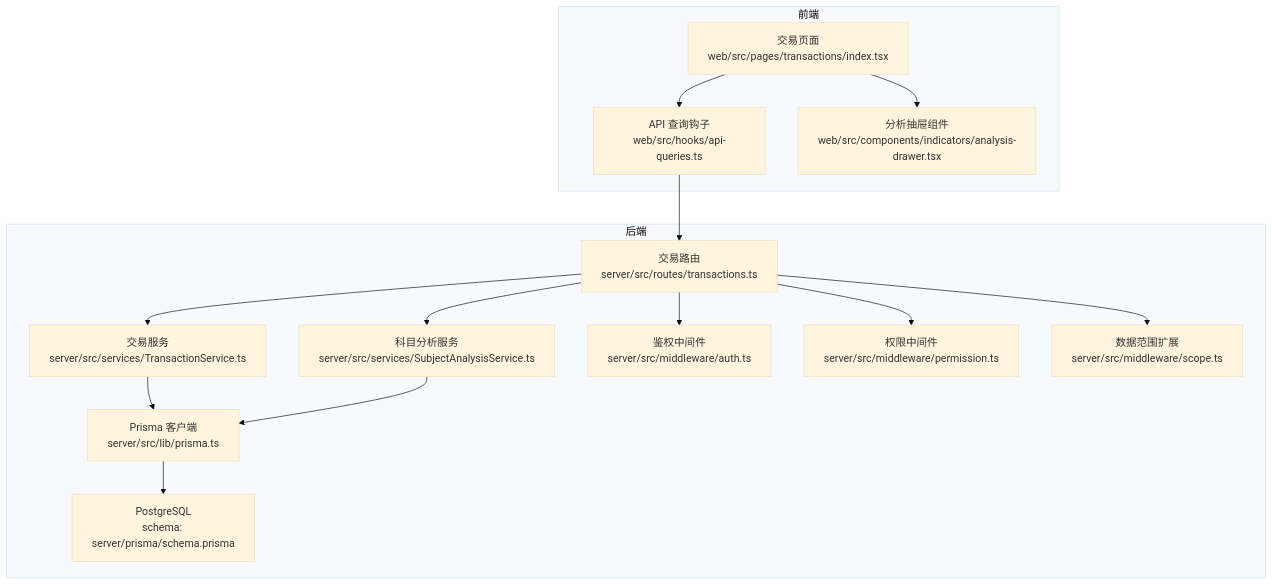
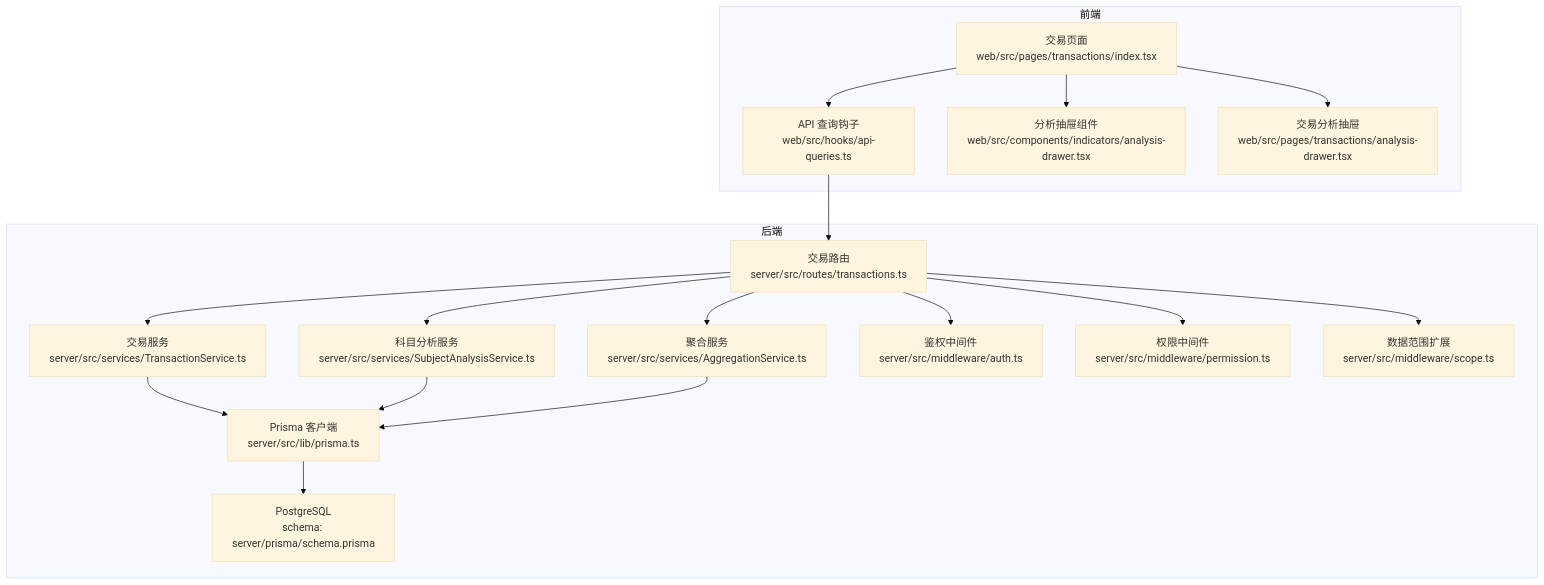
The first of 10 diagrams in .qoder/repowiki/zh/content/核心模块/交易分析模块.md (Damao997/newproject), drawn with Mermaid (base theme) before and after one commit. The commit also changed other lines of this file and 22 other files, not shown here.

````diff
--- a/.qoder/repowiki/zh/content/核心模块/交易分析模块.md
+++ b/.qoder/repowiki/zh/content/核心模块/交易分析模块.md
@@ -48,29 +50,34 @@
 ```mermaid
 graph TB
 subgraph "前端"
 FE_Page["交易页面<br/>web/src/pages/transactions/index.tsx"]
 FE_Hooks["API 查询钩子<br/>web/src/hooks/api-queries.ts"]
 FE_Drawer["分析抽屉组件<br/>web/src/components/indicators/analysis-drawer.tsx"]
+FE_TxnDrawer["交易分析抽屉<br/>web/src/pages/transactions/analysis-drawer.tsx"]
 end
 subgraph "后端"
 BE_Route["交易路由<br/>server/src/routes/transactions.ts"]
 BE_Service["交易服务<br/>server/src/services/TransactionService.ts"]
 BE_SubjectSvc["科目分析服务<br/>server/src/services/SubjectAnalysisService.ts"]
+BE_AggrSvc["聚合服务<br/>server/src/services/AggregationService.ts"]
 BE_MW_Auth["鉴权中间件<br/>server/src/middleware/auth.ts"]
 BE_MW_Permission["权限中间件<br/>server/src/middleware/permission.ts"]
 BE_MW_Scope["数据范围扩展<br/>server/src/middleware/scope.ts"]
 BE_Prisma["Prisma 客户端<br/>server/src/lib/prisma.ts"]
 DB["PostgreSQL<br/>schema: server/prisma/schema.prisma"]
 end
 FE_Page --> FE_Hooks
 FE_Page --> FE_Drawer
+FE_Page --> FE_TxnDrawer
 FE_Hooks --> BE_Route
 BE_Route --> BE_MW_Auth
 BE_Route --> BE_MW_Permission
 BE_Route --> BE_MW_Scope
 BE_Route --> BE_Service
 BE_Route --> BE_SubjectSvc
+BE_Route --> BE_AggrSvc
 BE_Service --> BE_Prisma
 BE_SubjectSvc --> BE_Prisma
+BE_AggrSvc --> BE_Prisma
 BE_Prisma --> DB
 ```
````
